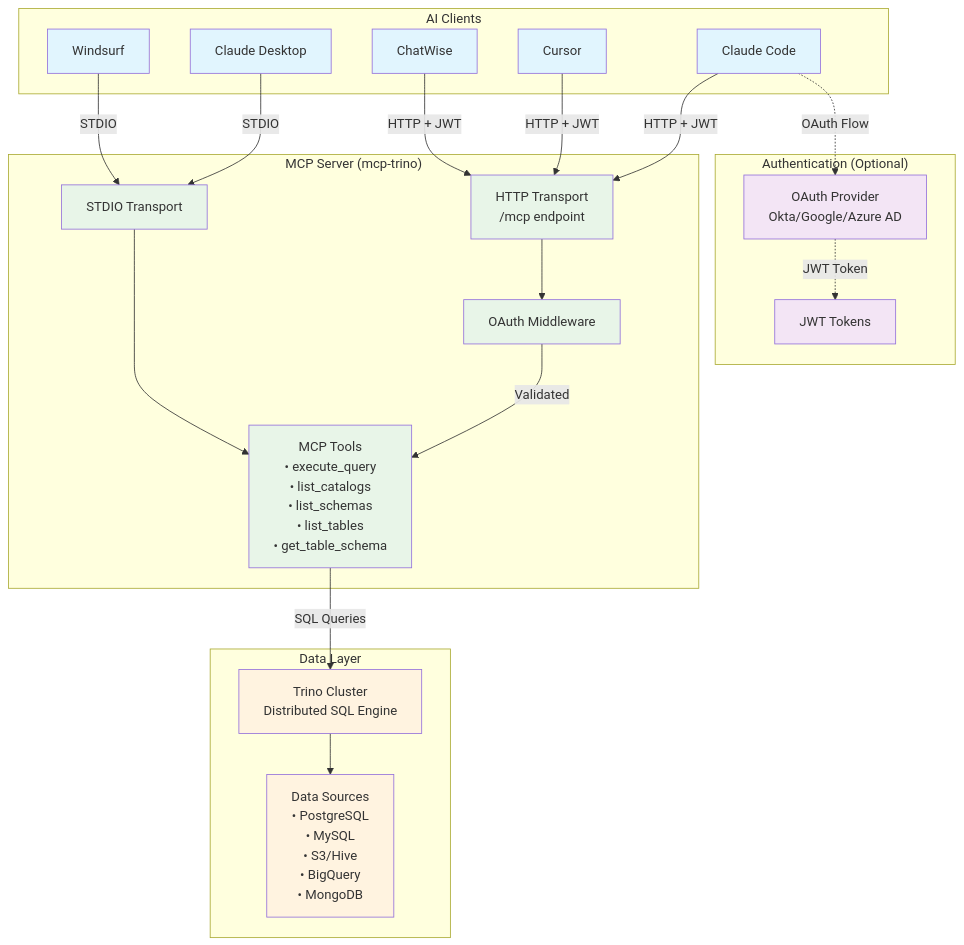
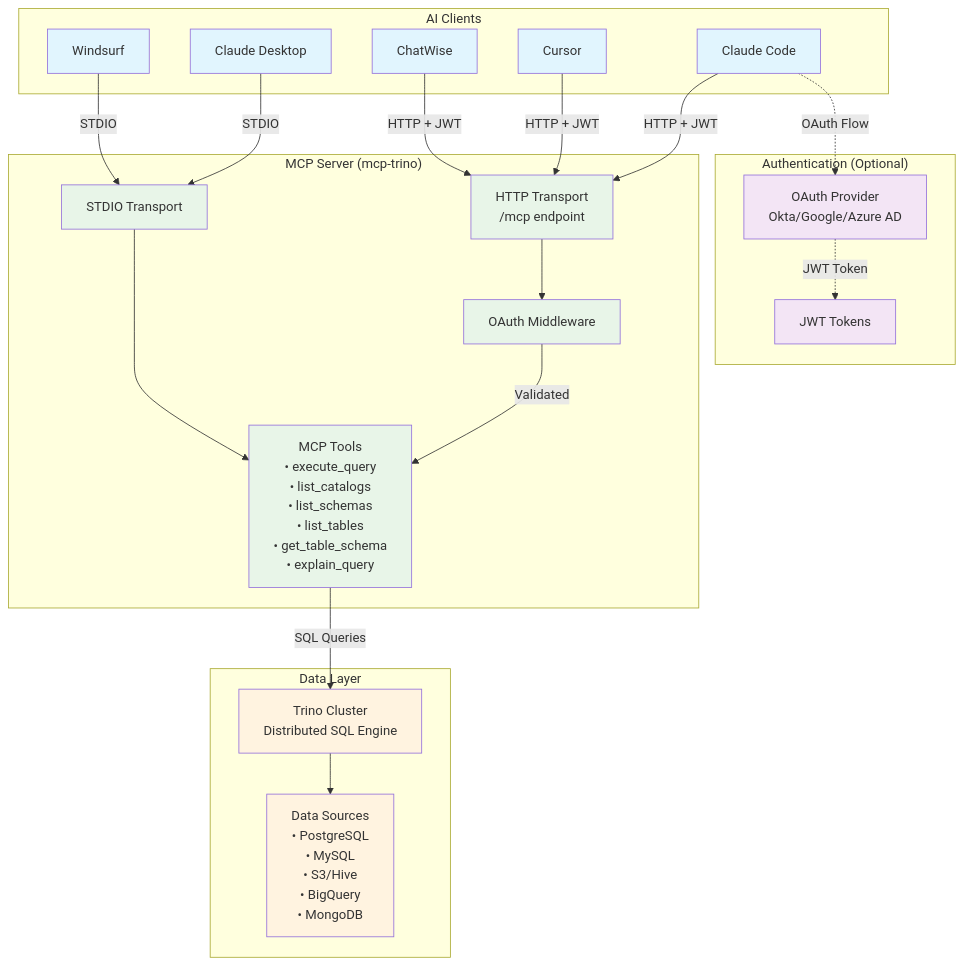
The diagram in README.md (pygaurav/mcp-trino), drawn with Mermaid before and after one commit. The commit also changed other lines of this file and 2 other files, not shown here.

First line of the commit message:
Feat/additional tools (#85)

````diff
--- a/README.md
+++ b/README.md
@@ -26,55 +26,55 @@
 ```mermaid
 graph TB
     subgraph "AI Clients"
         CC[Claude Code]
         CD[Claude Desktop]
         CR[Cursor]
         WS[Windsurf]
         CW[ChatWise]
     end
     
     subgraph "Authentication (Optional)"
         OP[OAuth Provider<br/>Okta/Google/Azure AD]
         JWT[JWT Tokens]
     end
     
     subgraph "MCP Server (mcp-trino)"
         HTTP[HTTP Transport<br/>/mcp endpoint]
         STDIO[STDIO Transport]
         AUTH[OAuth Middleware]
-        TOOLS[MCP Tools<br/>• execute_query<br/>• list_catalogs<br/>• list_schemas<br/>• list_tables<br/>• get_table_schema]
+        TOOLS[MCP Tools<br/>• execute_query<br/>• list_catalogs<br/>• list_schemas<br/>• list_tables<br/>• get_table_schema<br/>• explain_query]
     end
     
     subgraph "Data Layer"
         TRINO[Trino Cluster<br/>Distributed SQL Engine]
         CATALOGS[Data Sources<br/>• PostgreSQL<br/>• MySQL<br/>• S3/Hive<br/>• BigQuery<br/>• MongoDB]
     end
     
     %% Connections
     CC -.->|OAuth Flow| OP
     OP -.->|JWT Token| JWT
     
     CC -->|HTTP + JWT| HTTP
     CD -->|STDIO| STDIO
     CR -->|HTTP + JWT| HTTP
     WS -->|STDIO| STDIO
     CW -->|HTTP + JWT| HTTP
     
     HTTP --> AUTH
     AUTH -->|Validated| TOOLS
     STDIO --> TOOLS
     
     TOOLS -->|SQL Queries| TRINO
     TRINO --> CATALOGS
     
     %% Styling
     classDef client fill:#e1f5fe
     classDef auth fill:#f3e5f5
     classDef server fill:#e8f5e8
     classDef data fill:#fff3e0
     
     class CC,CD,CR,WS,CW client
     class OP,JWT auth
     class HTTP,STDIO,AUTH,TOOLS server
     class TRINO,CATALOGS data
 ```
````
